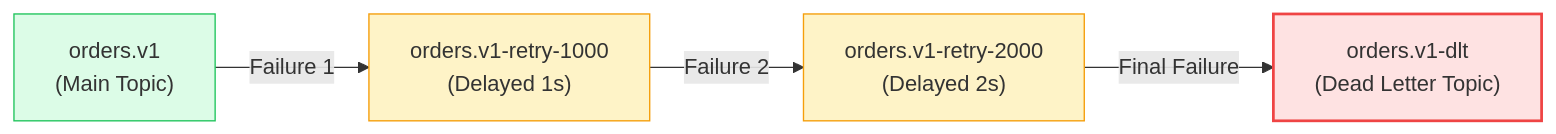
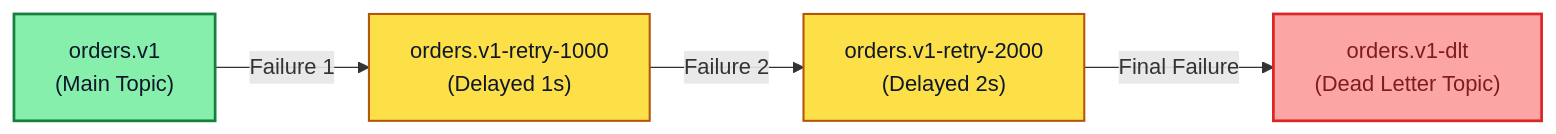
The third of 4 diagrams in 03-Apache-Kafka/07-Spring-Boot-Kafka-Integration-and-Patterns.md (PandeyKishan/Study-Notes), drawn with Mermaid before and after one commit. The commit also changed other lines of this file and 22 other files, not shown here.

Commit message:
docs: enhance diagram visibility with high-contrast palette and add concise book definitions

````diff
--- a/03-Apache-Kafka/07-Spring-Boot-Kafka-Integration-and-Patterns.md
+++ b/03-Apache-Kafka/07-Spring-Boot-Kafka-Integration-and-Patterns.md
@@ -107,11 +119,11 @@
 ```mermaid
 flowchart LR
     Main["orders.v1\n(Main Topic)"] -->|Failure 1| R1["orders.v1-retry-1000\n(Delayed 1s)"]
     R1 -->|Failure 2| R2["orders.v1-retry-2000\n(Delayed 2s)"]
     R2 -->|Final Failure| DLT["orders.v1-dlt\n(Dead Letter Topic)"]
 
-    style Main fill:#dcfce7,stroke:#22c55e,stroke-width:1px
-    style R1 fill:#fef3c7,stroke:#f59e0b,stroke-width:1px
-    style R2 fill:#fef3c7,stroke:#f59e0b,stroke-width:1px
-    style DLT fill:#fee2e2,stroke:#ef4444,stroke-width:2px
+    style Main fill:#86efac,stroke:#15803d,stroke-width:2px,color:#0f172a
+    style R1 fill:#fde047,stroke:#b45309,stroke-width:1.5px,color:#0f172a
+    style R2 fill:#fde047,stroke:#b45309,stroke-width:1.5px,color:#0f172a
+    style DLT fill:#fca5a5,stroke:#dc2626,stroke-width:2px,color:#7f1d1d
 ```
````
